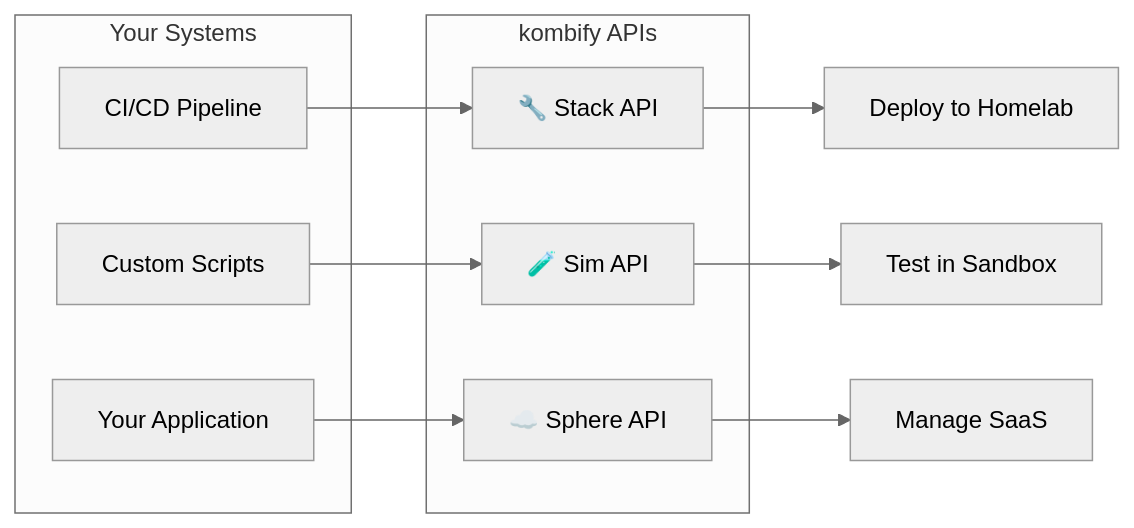
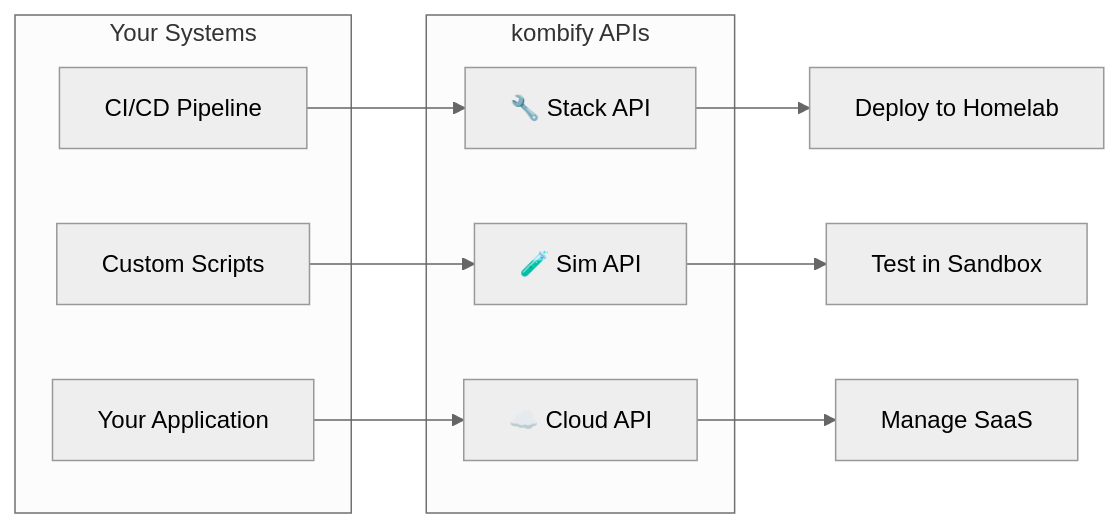
One commit to KombiverseLabs/docs changed the diagram in api/introduction.mdx. Above: the diagram before and after it, drawn with Mermaid (neutral theme). The commit also changed other lines of this file and 114 other files, not shown here.

Commit message:
refactor: rename Sphere to Cloud, update base-homelab scope, remove dup headers

````diff
--- a/api/introduction.mdx
+++ b/api/introduction.mdx
@@ -12,22 +11,22 @@
 ```mermaid
 graph LR
     subgraph "Your Systems"
         CI[CI/CD Pipeline]
         Script[Custom Scripts]
         App[Your Application]
     end
     
     subgraph "kombify APIs"
         Stack[🔧 Stack API]
         Sim[🧪 Sim API]
-        Sphere[☁️ Sphere API]
+        Cloud[☁️ Cloud API]
     end
     
     CI --> Stack
     Script --> Sim
-    App --> Sphere
+    App --> Cloud
     
     Stack --> Deploy[Deploy to Homelab]
     Sim --> Test[Test in Sandbox]
-    Sphere --> Manage[Manage SaaS]
+    Cloud --> Manage[Manage SaaS]
 ```
````
